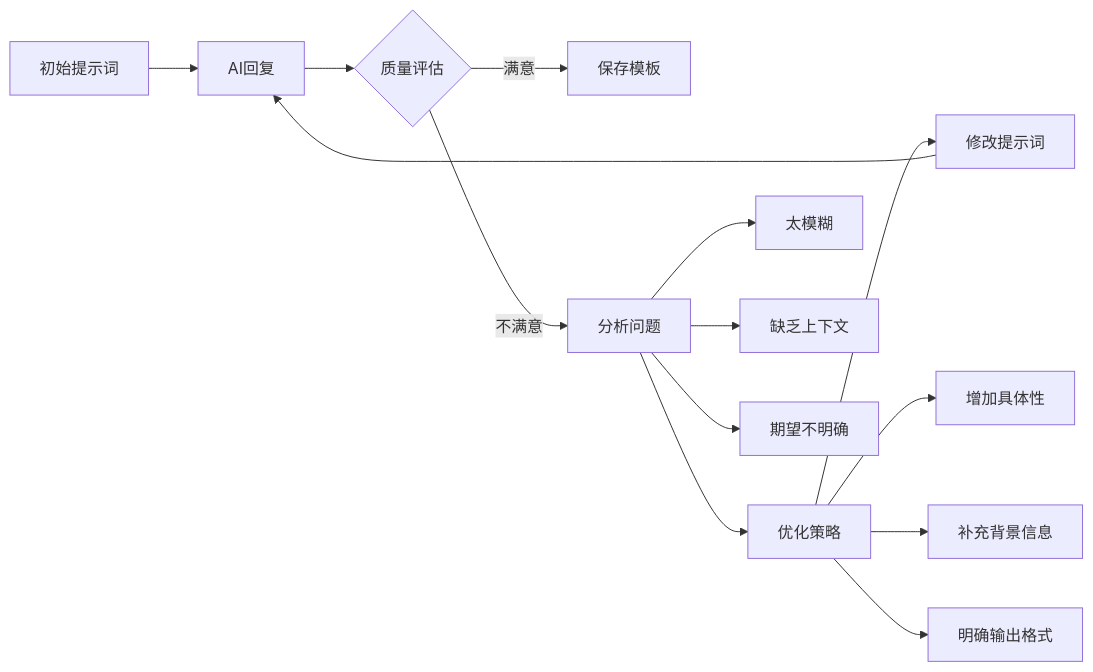
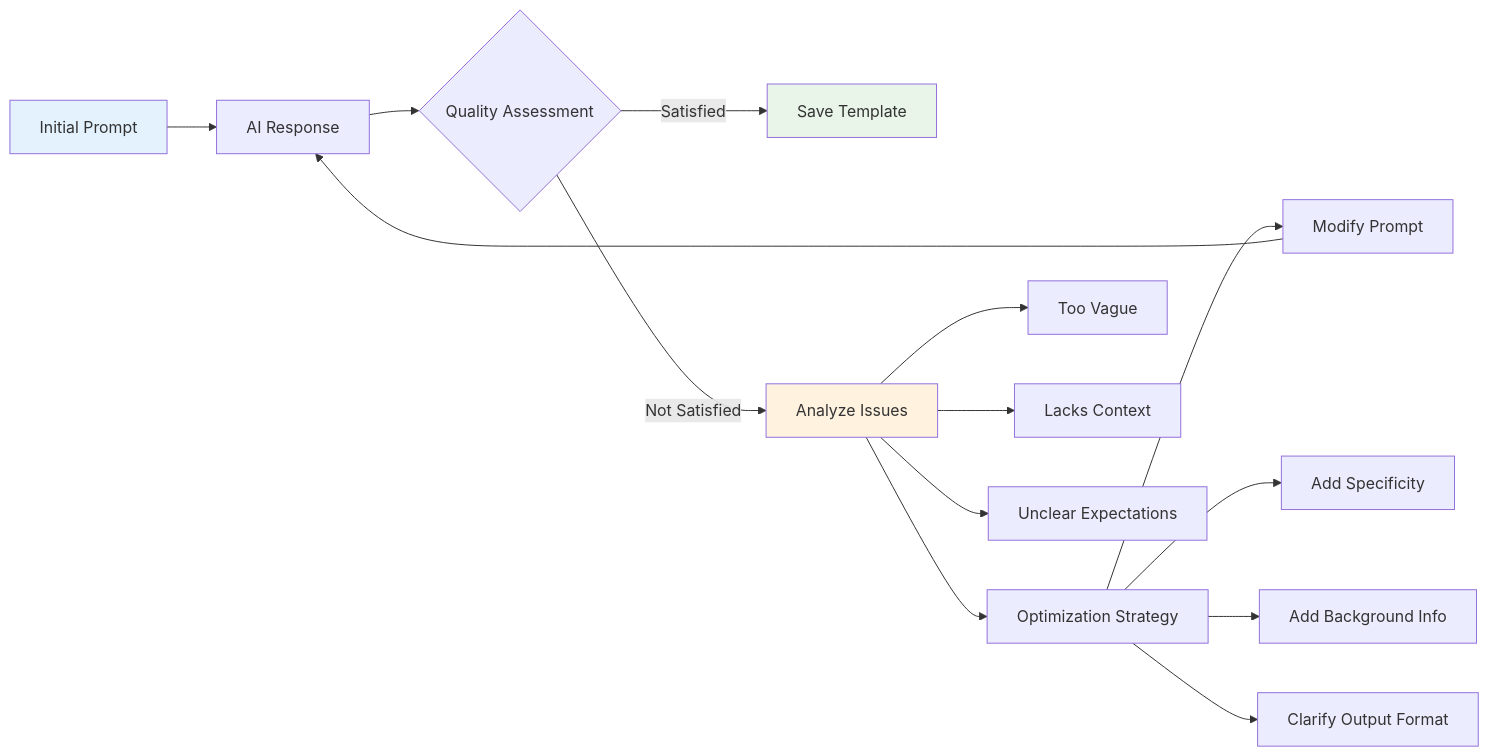
The third of 7 diagrams in versioned_docs/version-2024-winter/basics/prompt-engineering.mdx (ChanMeng666/ai-programming-teaching-project), drawn with Mermaid before and after one commit. The commit also changed other lines of this file and 472 other files, not shown here.

````diff
--- a/versioned_docs/version-2024-winter/basics/prompt-engineering.mdx
+++ b/versioned_docs/version-2024-winter/basics/prompt-engineering.mdx
@@ -105,18 +112,22 @@
 ```mermaid
 flowchart LR
-    A[初始提示词] --> B[AI回复]
-    B --> C{质量评估}
-    C -->|满意| D[保存模板]
-    C -->|不满意| E[分析问题]
-    E --> F[优化策略]
-    F --> G[修改提示词]
+    A[Initial Prompt] --> B[AI Response]
+    B --> C{Quality Assessment}
+    C -->|Satisfied| D[Save Template]
+    C -->|Not Satisfied| E[Analyze Issues]
+    E --> F[Optimization Strategy]
+    F --> G[Modify Prompt]
     G --> B
-    
-    E --> E1[太模糊]
-    E --> E2[缺乏上下文]
-    E --> E3[期望不明确]
-    
-    F --> F1[增加具体性]
-    F --> F2[补充背景信息]
-    F --> F3[明确输出格式]
+
+    E --> E1[Too Vague]
+    E --> E2[Lacks Context]
+    E --> E3[Unclear Expectations]
+
+    F --> F1[Add Specificity]
+    F --> F2[Add Background Info]
+    F --> F3[Clarify Output Format]
+
+    style A fill:#e3f2fd
+    style D fill:#e8f5e8
+    style E fill:#fff3e0
 ```
````
